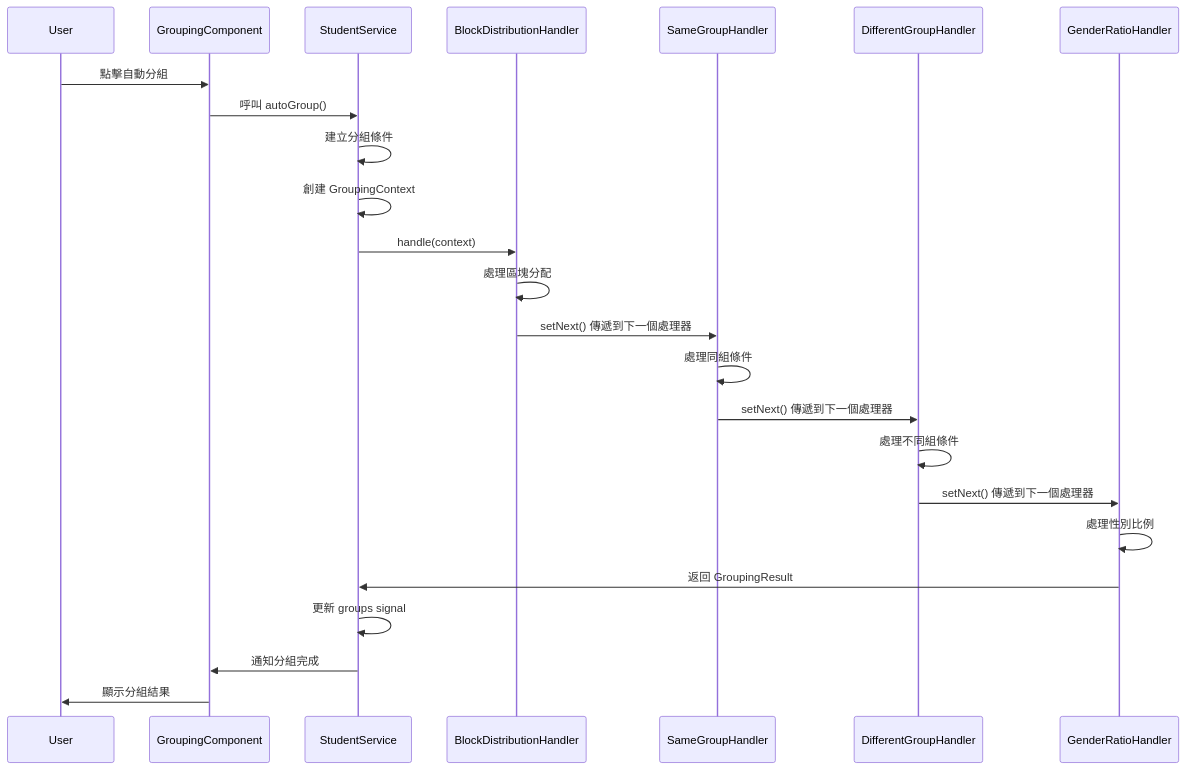
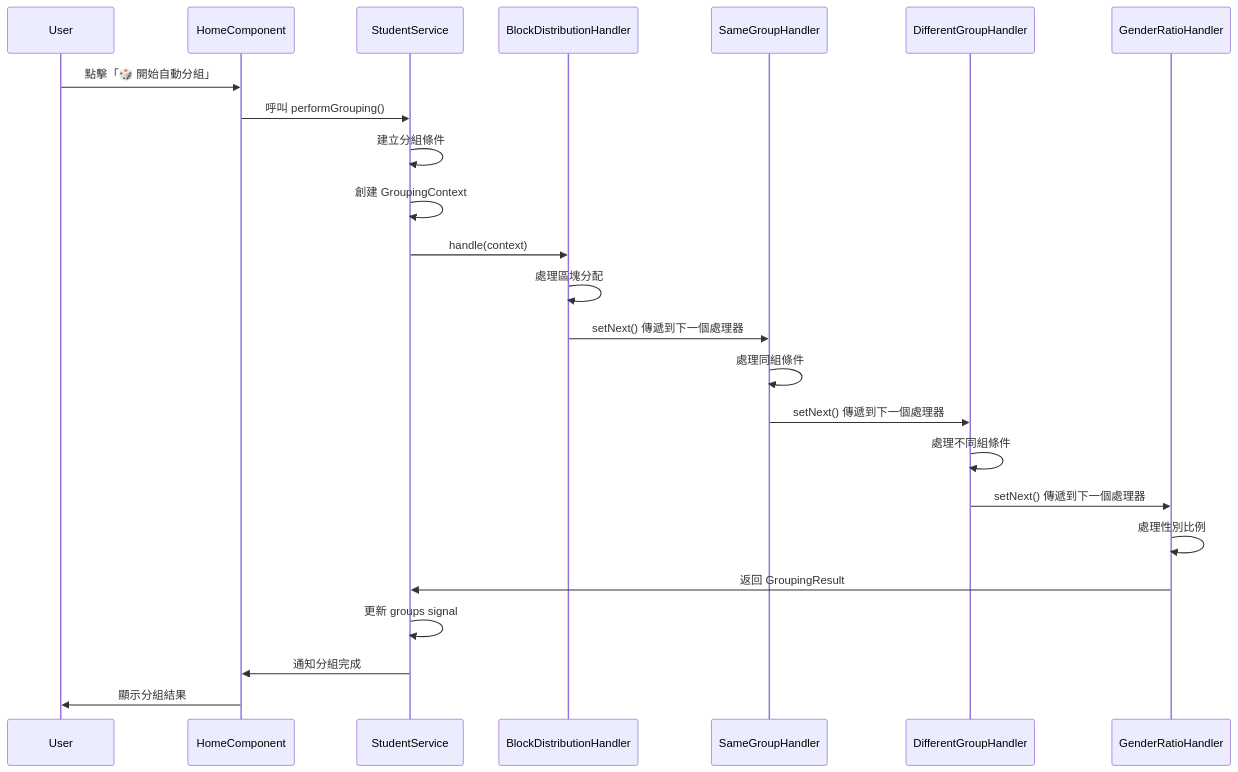
Before and after one commit to kuanchungfeng/TeamShuffle: the third of 4 diagrams in docs/architecture-diagram.md, drawn with Mermaid. The commit also changed other lines of this file and 9 other files, not shown here.

First line of the commit message:
refactor: remove grouping component and integrate functionality into home component

````diff
--- a/docs/architecture-diagram.md
+++ b/docs/architecture-diagram.md
@@ -94,32 +92,32 @@
 ```mermaid
 sequenceDiagram
     participant U as User
-    participant GC as GroupingComponent
+    participant HC as HomeComponent
     participant SS as StudentService
     participant BD as BlockDistributionHandler
     participant SG as SameGroupHandler
     participant DG as DifferentGroupHandler
     participant GR as GenderRatioHandler
 
-    U->>GC: 點擊自動分組
-    GC->>SS: 呼叫 autoGroup()
+    U->>HC: 點擊「🎲 開始自動分組」
+    HC->>SS: 呼叫 performGrouping()
     SS->>SS: 建立分組條件
     SS->>SS: 創建 GroupingContext
 
     SS->>BD: handle(context)
     BD->>BD: 處理區塊分配
     BD->>SG: setNext() 傳遞到下一個處理器
 
     SG->>SG: 處理同組條件
     SG->>DG: setNext() 傳遞到下一個處理器
 
     DG->>DG: 處理不同組條件
     DG->>GR: setNext() 傳遞到下一個處理器
 
     GR->>GR: 處理性別比例
     GR->>SS: 返回 GroupingResult
 
     SS->>SS: 更新 groups signal
-    SS->>GC: 通知分組完成
-    GC->>U: 顯示分組結果
+    SS->>HC: 通知分組完成
+    HC->>U: 顯示分組結果
 ```
````
